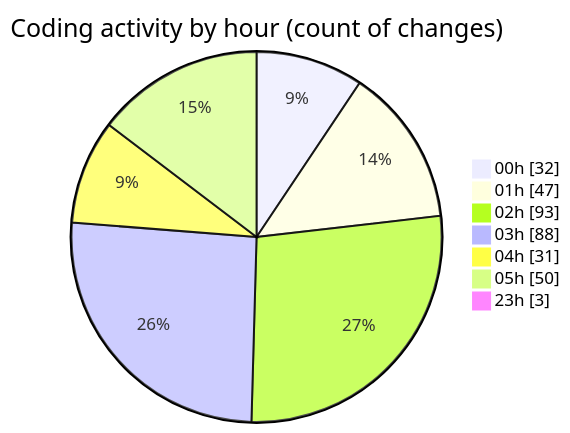
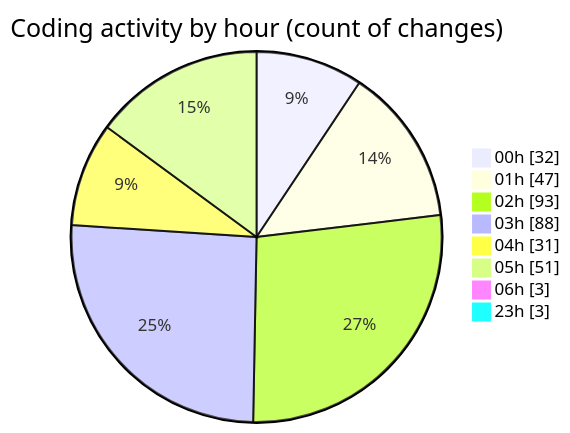
Before and after one commit to lephambinh05/code-tracking: the second of 2 diagrams in 2025-07-28/quanlyrapchieuphim-1/README.md, drawn with Mermaid. The commit also changed other lines of this file and 1 other file, not shown here.

````diff
--- a/2025-07-28/quanlyrapchieuphim-1/README.md
+++ b/2025-07-28/quanlyrapchieuphim-1/README.md
@@ -74,11 +75,12 @@
 ```mermaid
 pie showData
 title Coding activity by hour (count of changes)
 "00h" : 32
 "01h" : 47
 "02h" : 93
 "03h" : 88
 "04h" : 31
-"05h" : 50
+"05h" : 51
+"06h" : 3
 "23h" : 3
 ```
````
